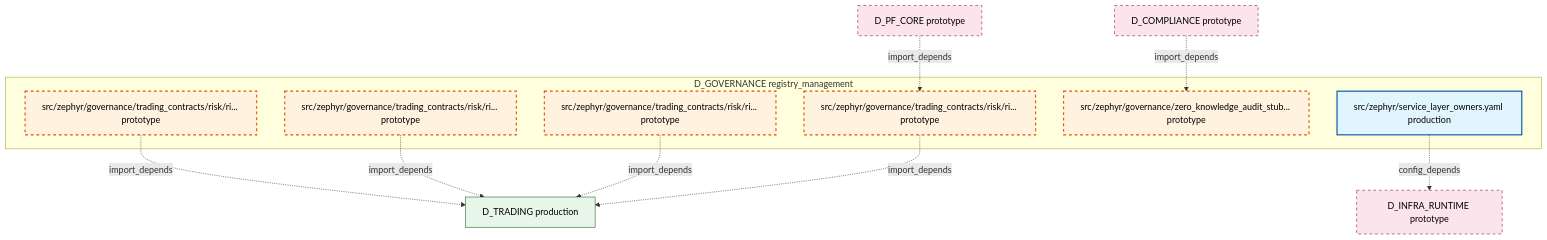
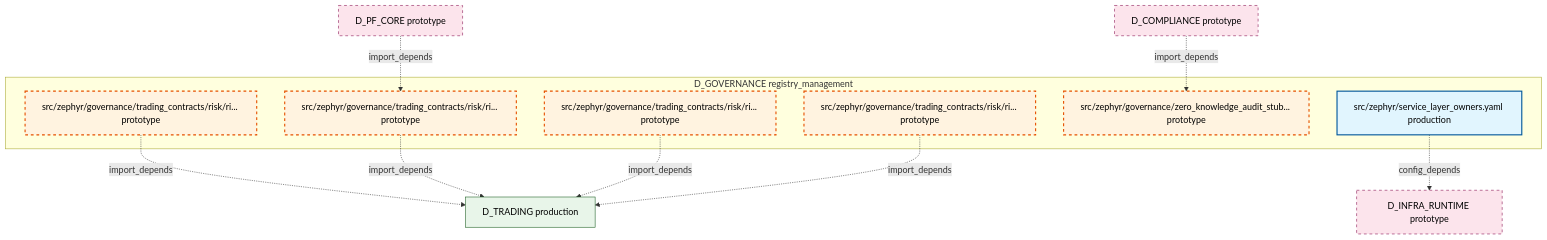
Diagram 30 of 30 in docs/02_enterprise_architecture/02_domain_architecture_docs/32_d_governance.md (xuanFelixVan/ZephyrAlpha), drawn with Mermaid before and after one commit. The commit also changed other lines of this file and 97 other files, not shown here.

````diff
--- a/docs/02_enterprise_architecture/02_domain_architecture_docs/32_d_governance.md
+++ b/docs/02_enterprise_architecture/02_domain_architecture_docs/32_d_governance.md
@@ -2203,30 +2204,30 @@
 ```mermaid
 graph TD
     subgraph D_GOVERNANCE["D_GOVERNANCE registry_management"]
         src_zephyr_governance_trading_contracts_risk_risk_limit_violation_error_py["src/zephyr/governance/trading_contracts/risk/ri... prototype"]
         src_zephyr_governance_trading_contracts_risk_risk_limits_py["src/zephyr/governance/trading_contracts/risk/ri... prototype"]
         src_zephyr_governance_trading_contracts_risk_risk_metrics_py["src/zephyr/governance/trading_contracts/risk/ri... prototype"]
         src_zephyr_governance_trading_contracts_risk_risk_validator_protocol_py["src/zephyr/governance/trading_contracts/risk/ri... prototype"]
         src_zephyr_governance_zero_knowledge_audit_stub_init_py["src/zephyr/governance/zero_knowledge_audit_stub... prototype"]
         src_zephyr_service_layer_owners_yaml["src/zephyr/service_layer_owners.yaml production"]
     end
     D_TRADING["D_TRADING production"]
     src_zephyr_governance_trading_contracts_risk_risk_limit_violation_error_py -.->|import_depends| D_TRADING
+    src_zephyr_governance_trading_contracts_risk_risk_limits_py -.->|import_depends| D_TRADING
+    src_zephyr_governance_trading_contracts_risk_risk_validator_protocol_py -.->|import_depends| D_TRADING
     src_zephyr_governance_trading_contracts_risk_risk_metrics_py -.->|import_depends| D_TRADING
-    src_zephyr_governance_trading_contracts_risk_risk_validator_protocol_py -.->|import_depends| D_TRADING
-    src_zephyr_governance_trading_contracts_risk_risk_limits_py -.->|import_depends| D_TRADING
     D_INFRA_RUNTIME["D_INFRA_RUNTIME prototype"]
     src_zephyr_service_layer_owners_yaml -.->|config_depends| D_INFRA_RUNTIME
     D_COMPLIANCE["D_COMPLIANCE prototype"]
     D_COMPLIANCE -.->|import_depends| src_zephyr_governance_zero_knowledge_audit_stub_init_py
     D_PF_CORE["D_PF_CORE prototype"]
     D_PF_CORE -.->|import_depends| src_zephyr_governance_trading_contracts_risk_risk_limits_py
     classDef production fill:#e1f5fe,stroke:#01579b,stroke-width:2px,color:#000
     classDef design fill:#fff3e0,stroke:#e65100,stroke-width:2px,color:#000,stroke-dasharray: 5 5
     classDef external_prod fill:#e8f5e9,stroke:#1b5e20,stroke-width:1px,color:#000
     classDef external_design fill:#fce4ec,stroke:#880e4f,stroke-width:1px,color:#000,stroke-dasharray: 5 5
     class src_zephyr_service_layer_owners_yaml production
     class src_zephyr_governance_trading_contracts_risk_risk_limit_violation_error_py,src_zephyr_governance_trading_contracts_risk_risk_limits_py,src_zephyr_governance_trading_contracts_risk_risk_metrics_py,src_zephyr_governance_trading_contracts_risk_risk_validator_protocol_py,src_zephyr_governance_zero_knowledge_audit_stub_init_py design
     class D_TRADING external_prod
     class D_INFRA_RUNTIME,D_COMPLIANCE,D_PF_CORE external_design
 ```
````
